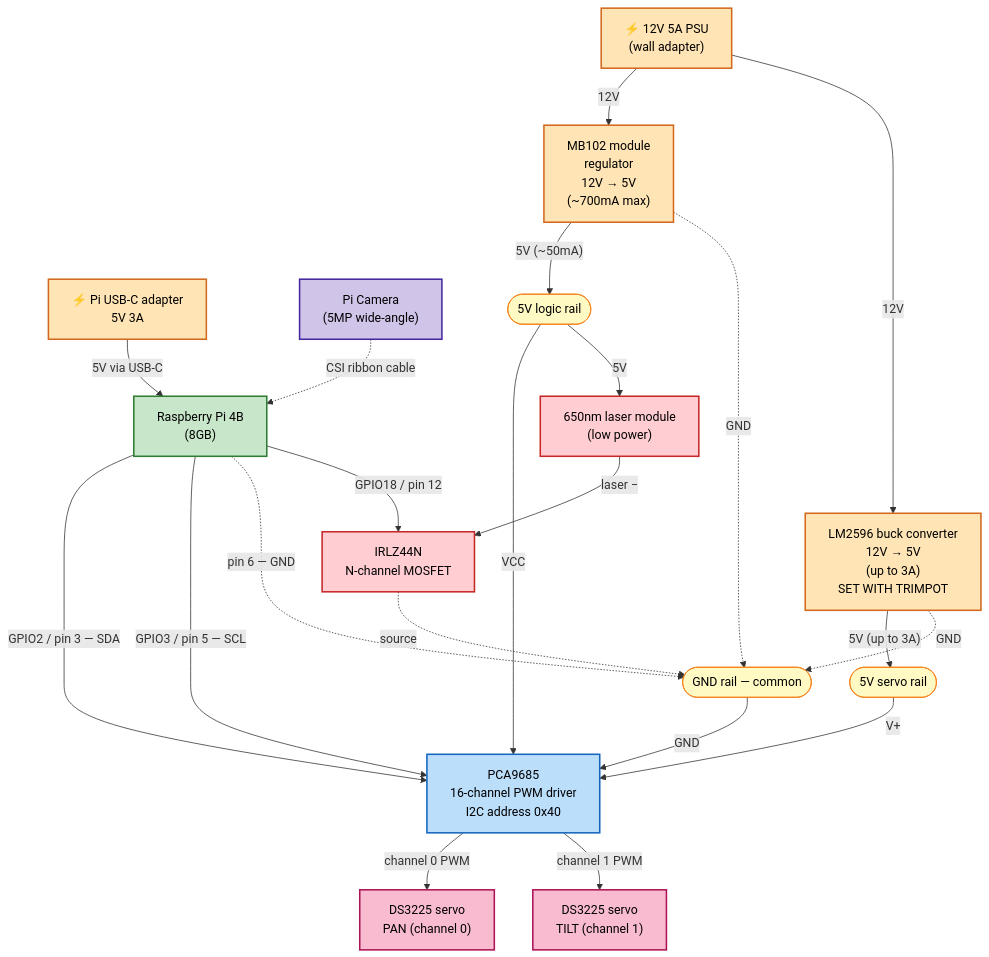
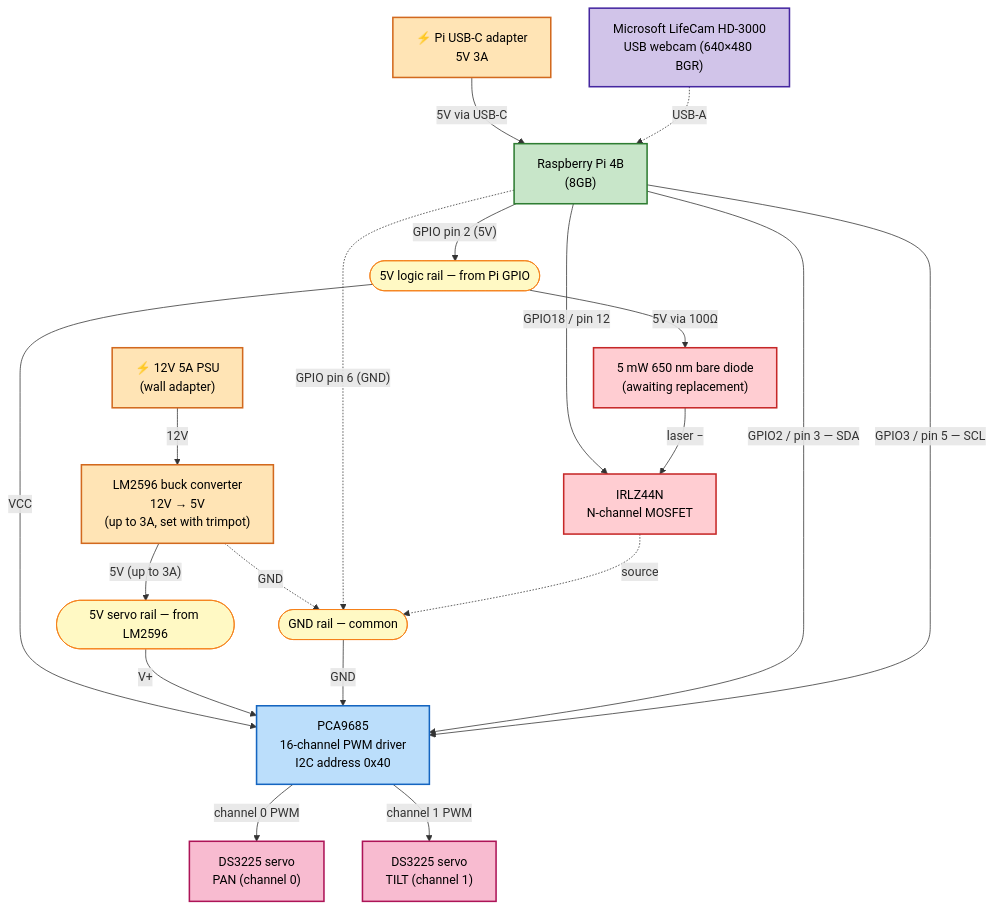
The first of 7 diagrams in docs/circuit-diagram.md (Adamzvulun/pi), drawn with Mermaid before and after one commit. The commit also changed other lines of this file and 10 other files, not shown here.

````diff
--- a/docs/circuit-diagram.md
+++ b/docs/circuit-diagram.md
@@ -14,58 +17,55 @@
 ```mermaid
 flowchart TB
     classDef power fill:#ffe4b5,stroke:#d2691e,color:#000,stroke-width:2px
     classDef pi fill:#c8e6c9,stroke:#2e7d32,color:#000,stroke-width:2px
     classDef driver fill:#bbdefb,stroke:#1565c0,color:#000,stroke-width:2px
     classDef servo fill:#f8bbd0,stroke:#ad1457,color:#000,stroke-width:2px
     classDef laser fill:#ffcdd2,stroke:#c62828,color:#000,stroke-width:2px
     classDef camera fill:#d1c4e9,stroke:#4527a0,color:#000,stroke-width:2px
     classDef rail fill:#fff9c4,stroke:#f57f17,color:#000,stroke-width:1px
 
     PSU12["⚡ 12V 5A PSU<br/>(wall adapter)"]:::power
     USBC["⚡ Pi USB-C adapter<br/>5V 3A"]:::power
 
-    MB102["MB102 module<br/>regulator<br/>12V → 5V<br/>(~700mA max)"]:::power
-    LM2596["LM2596 buck converter<br/>12V → 5V<br/>(up to 3A)<br/>SET WITH TRIMPOT"]:::power
+    LM2596["LM2596 buck converter<br/>12V → 5V<br/>(up to 3A, set with trimpot)"]:::power
 
     Pi["Raspberry Pi 4B<br/>(8GB)"]:::pi
     PCA["PCA9685<br/>16-channel PWM driver<br/>I2C address 0x40"]:::driver
 
     PanServo["DS3225 servo<br/>PAN (channel 0)"]:::servo
     TiltServo["DS3225 servo<br/>TILT (channel 1)"]:::servo
 
-    Cam["Pi Camera<br/>(5MP wide-angle)"]:::camera
+    Cam["Microsoft LifeCam HD-3000<br/>USB webcam (640×480 BGR)"]:::camera
 
     MOSFET["IRLZ44N<br/>N-channel MOSFET"]:::laser
-    Laser["650nm laser module<br/>(low power)"]:::laser
+    Laser["5 mW 650 nm bare diode<br/>(awaiting replacement)"]:::laser
 
-    LogicRail([5V logic rail]):::rail
-    ServoRail([5V servo rail]):::rail
+    LogicRail([5V logic rail — from Pi GPIO]):::rail
+    ServoRail([5V servo rail — from LM2596]):::rail
     GndRail([GND rail — common]):::rail
 
-    PSU12 -->|"12V"| MB102
     PSU12 -->|"12V"| LM2596
     USBC -->|"5V via USB-C"| Pi
 
-    MB102 -->|"5V (~50mA)"| LogicRail
+    Pi -->|"GPIO pin 2 (5V)"| LogicRail
     LM2596 -->|"5V (up to 3A)"| ServoRail
-    MB102 -.->|"GND"| GndRail
     LM2596 -.->|"GND"| GndRail
+    Pi -.->|"GPIO pin 6 (GND)"| GndRail
 
     LogicRail -->|"VCC"| PCA
     ServoRail -->|"V+"| PCA
     GndRail -->|"GND"| PCA
 
     Pi -->|"GPIO2 / pin 3 — SDA"| PCA
     Pi -->|"GPIO3 / pin 5 — SCL"| PCA
-    Pi -.->|"pin 6 — GND"| GndRail
 
     Pi -->|"GPIO18 / pin 12"| MOSFET
-    LogicRail -->|"5V"| Laser
+    LogicRail -->|"5V via 100Ω"| Laser
     Laser -->|"laser −"| MOSFET
     MOSFET -.->|"source"| GndRail
 
     PCA -->|"channel 0 PWM"| PanServo
     PCA -->|"channel 1 PWM"| TiltServo
 
-    Cam -.->|"CSI ribbon cable"| Pi
+    Cam -.->|"USB-A"| Pi
 ```
````
